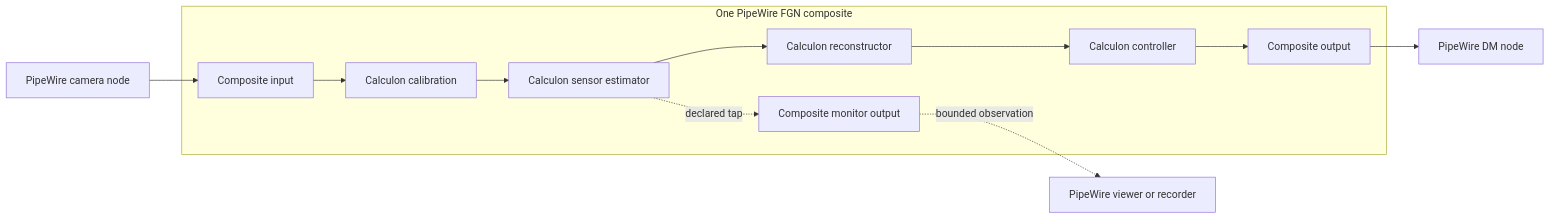
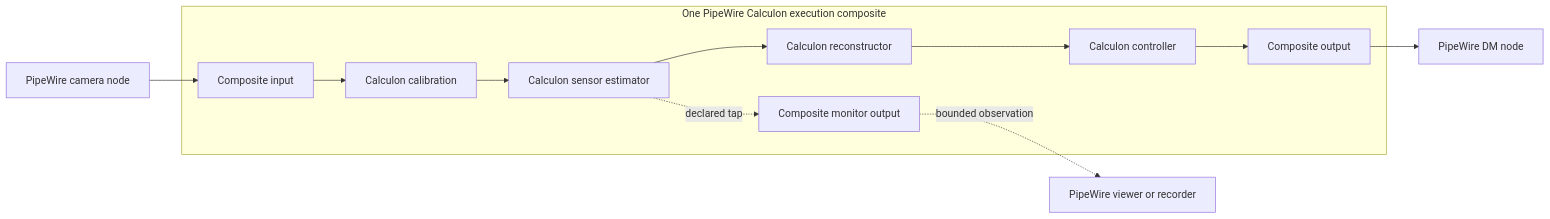
The ninth of 9 diagrams in docs/operations.md (DarrylGamroth/pipewireao-rtc), drawn with Mermaid before and after one commit. The commit also changed other lines of this file and 8 other files, not shown here.

Commit message:
docs: define incremental RTC architecture

````diff
--- a/docs/operations.md
+++ b/docs/operations.md
@@ -831,22 +2375,22 @@
 ```mermaid
 flowchart LR
     Camera[PipeWire camera node]
     DM[PipeWire DM node]
     Viewer[PipeWire viewer or recorder]
 
-    subgraph Composite[One PipeWire FGN composite]
+    subgraph Composite[One PipeWire Calculon execution composite]
         Input[Composite input]
         Calibrate[Calculon calibration]
         Sensor[Calculon sensor estimator]
         Reconstruct[Calculon reconstructor]
         Controller[Calculon controller]
         Output[Composite output]
         Monitor[Composite monitor output]
         Input --> Calibrate --> Sensor --> Reconstruct --> Controller --> Output
         Sensor -. declared tap .-> Monitor
     end
 
     Camera --> Input
     Output --> DM
     Monitor -. bounded observation .-> Viewer
 ```
````
